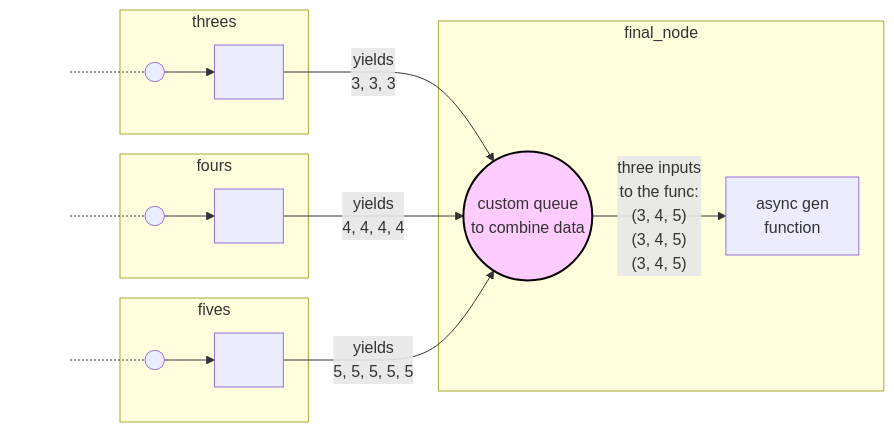
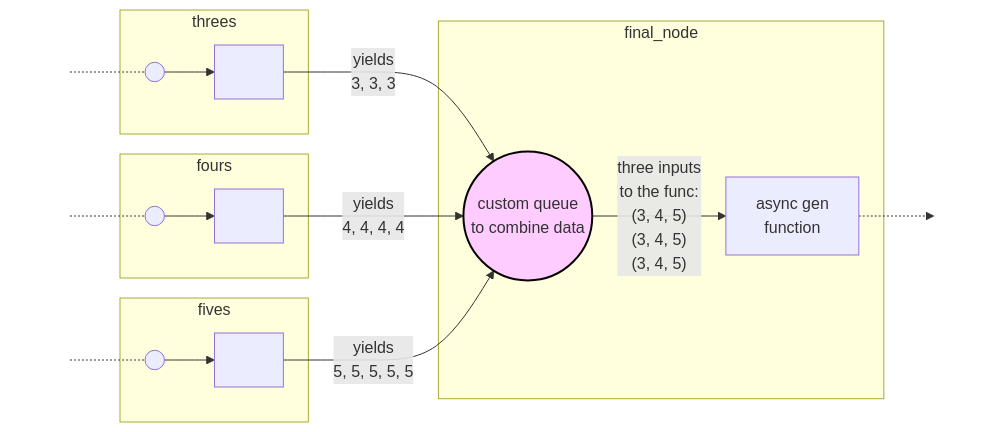
One commit to civisanalytics/async-graph-data-flow changed the second of 2 diagrams in docs/more_examples/flexible_edge_behaviors_between_nodes.rst. Above: the diagram before and after it, drawn with Mermaid. The commit also changed other lines of this file and 3 other files, not shown here.

```diff
--- a/docs/more_examples/flexible_edge_behaviors_between_nodes.rst
+++ b/docs/more_examples/flexible_edge_behaviors_between_nodes.rst
@@ -95,32 +97,34 @@
 .. mermaid::
 
     flowchart LR
 
     start1[ ] -.- queue1(("&nbsp;"))
     subgraph threes
         queue1 --> node1["&nbsp;&nbsp;"]
     end
     style start1 fill-opacity:0, stroke-opacity:0;
 
     start2[ ] -.- queue2(("&nbsp;"))
     subgraph fours
         queue2 --> node2["&nbsp;&nbsp;"]
     end
     style start2 fill-opacity:0, stroke-opacity:0;
 
     start3[ ] -.- queue3(("&nbsp;"))
     subgraph fives
         queue3 --> node3["&nbsp;&nbsp;"]
     end
     style start3 fill-opacity:0, stroke-opacity:0;
 
     queue4((custom queue<br/>to combine data))
     node4["async gen<br/>function"]
     subgraph final_node
         queue4 --> |"three inputs<br/>to the func:<br/>(3, 4, 5)<br/>(3, 4, 5)<br/>(3, 4, 5)"| node4
     end
     style queue4 fill:#ffccff, stroke:#030303, stroke-width:2px;
 
     node1 --> |yields<br/>3, 3, 3| queue4
     node2 --> |yields<br/>4, 4, 4, 4| queue4
     node3 --> |yields<br/>5, 5, 5, 5, 5| queue4
+    node4 -.-> STOP[ ]
+    style STOP fill-opacity:0, stroke-opacity:0;
```
